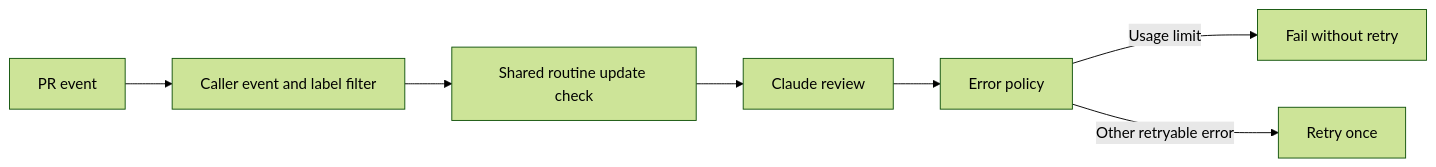
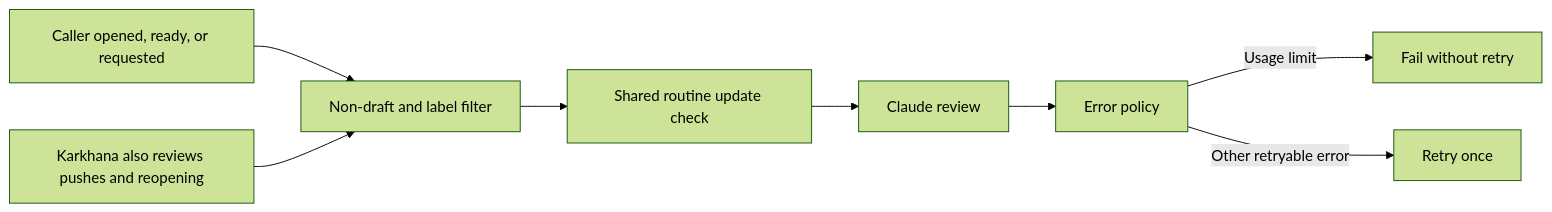
Before and after one commit to ahmedavais/karkhana: the diagram in openspec/changes/review-on-request/design.md, drawn with Mermaid (forest theme). The commit also changed other lines of this file and 4 other files, not shown here.

Commit message:
ci: Keep push reviews on the shared workflow source

````diff
--- a/openspec/changes/review-on-request/design.md
+++ b/openspec/changes/review-on-request/design.md
@@ -5,9 +7,10 @@
 ```mermaid
 flowchart LR
-  Event[PR event] --> Caller[Caller event and label filter]
-  Caller --> Scope[Shared routine update check]
+  Event[Caller opened, ready, or requested] --> Filter[Non-draft and label filter]
+  Source[Karkhana also reviews pushes and reopening] --> Filter
+  Filter --> Scope[Shared routine update check]
   Scope --> Review[Claude review]
   Review --> Error[Error policy]
   Error -->|Usage limit| Fail[Fail without retry]
   Error -->|Other retryable error| Retry[Retry once]
 ```
````
